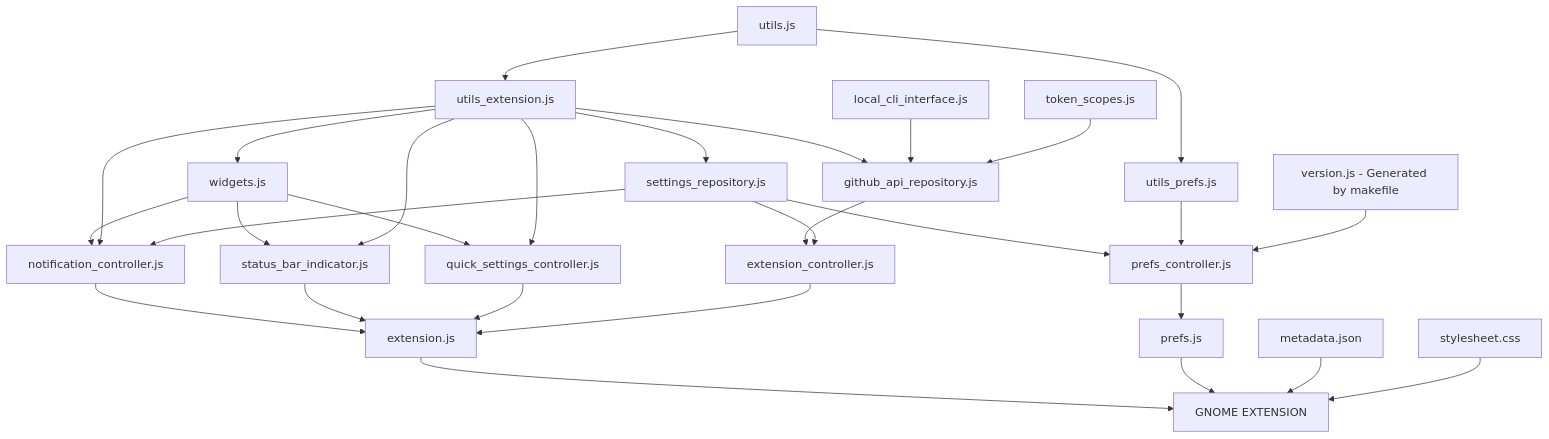
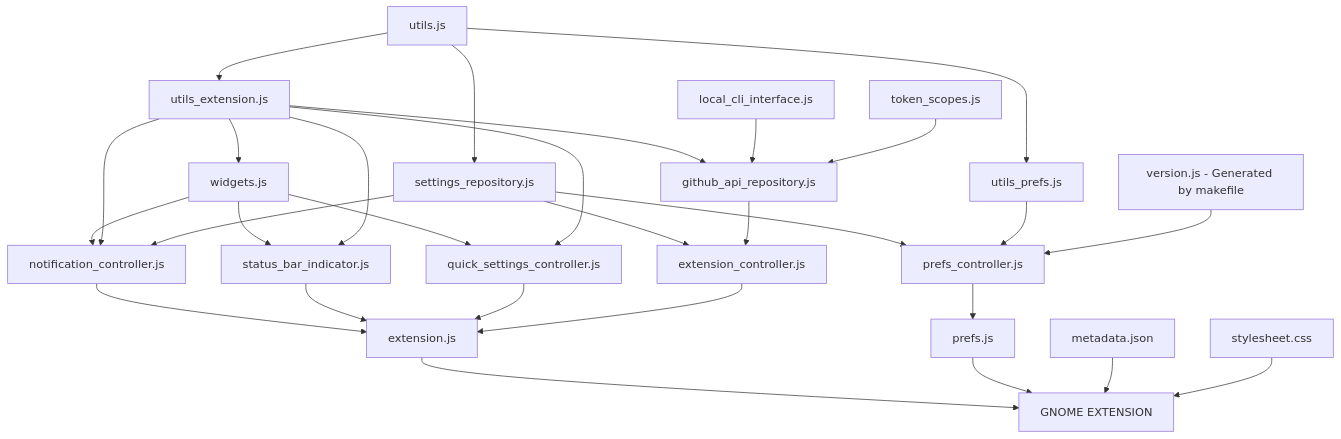
One commit to arononak/github-actions-gnome-extension changed the diagram in README.md. Above: the diagram before and after it, drawn with Mermaid. The commit also changed other lines of this file and 2 other files, not shown here.

````diff
--- a/README.md
+++ b/README.md
@@ -32,33 +32,33 @@
 ```mermaid
 graph TD;
     utils.js-->utils_extension.js
     utils_extension.js-->github_api_repository.js
     local_cli_interface.js-->github_api_repository.js
     token_scopes.js-->github_api_repository.js
+    settings_repository.js-->extension_controller.js
     github_api_repository.js-->extension_controller.js
     widgets.js-->status_bar_indicator.js
     widgets.js-->notification_controller.js
     notification_controller.js-->extension.js
     status_bar_indicator.js-->extension.js
-    settings_repository.js-->extension_controller.js
     quick_settings_controller.js-->extension.js
     widgets.js-->quick_settings_controller.js
     extension_controller.js-->extension.js
-    utils_extension.js-->settings_repository.js
+    utils.js-->settings_repository.js
     settings_repository.js-->prefs_controller.js
     utils.js-->utils_prefs.js;
     utils_prefs.js-->prefs_controller.js;
     prefs_controller.js-->prefs.js
     utils_extension.js-->widgets.js
     utils_extension.js-->quick_settings_controller.js
     utils_extension.js-->status_bar_indicator.js
     utils_extension.js-->notification_controller.js
     settings_repository.js-->notification_controller.js
 
     version.js[version.js - Generated by makefile]-->prefs_controller.js;
 
     extension.js-->EXTENSION[GNOME EXTENSION]
     prefs.js-->EXTENSION[GNOME EXTENSION]
     metadata.json-->EXTENSION[GNOME EXTENSION]
     stylesheet.css-->EXTENSION[GNOME EXTENSION]
 ```
````
